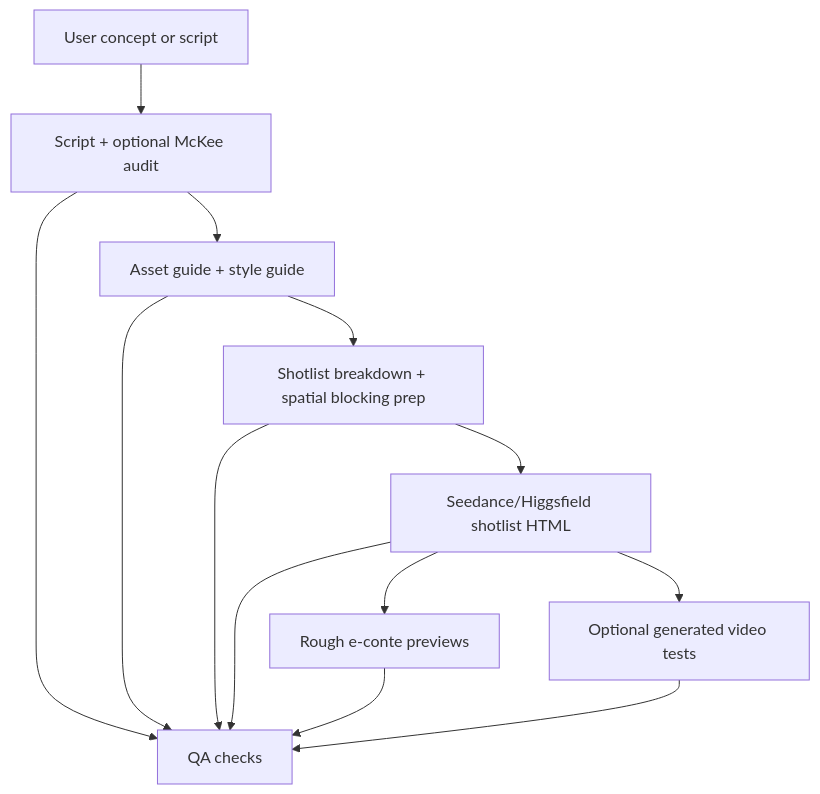
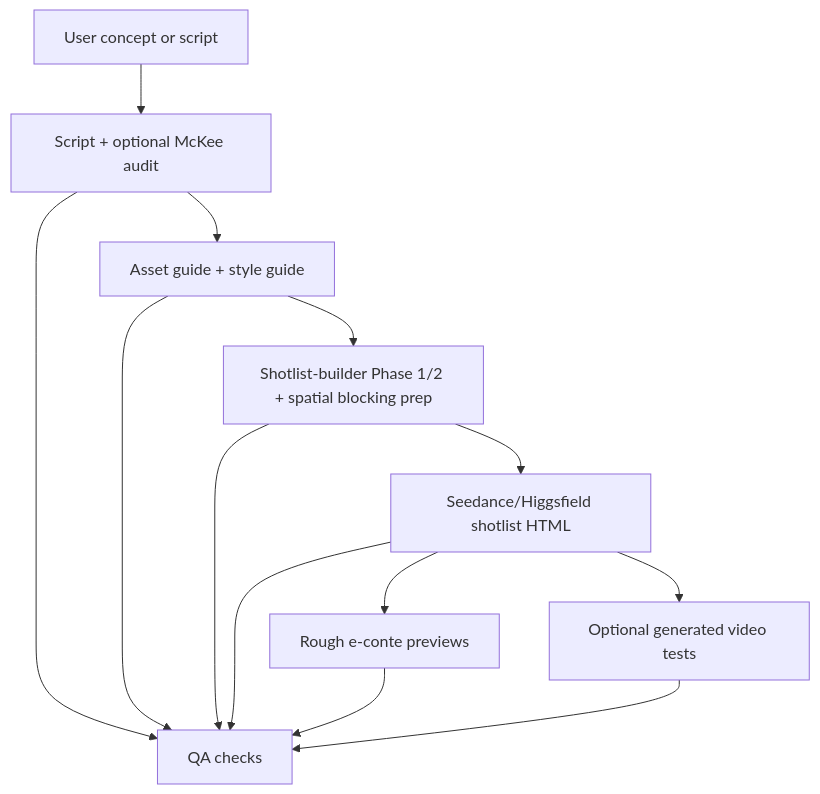
One commit to Leduc10492/my-ai-video-agent changed the diagram in CODEX_REVIEW.md. Above: the diagram before and after it, drawn with Mermaid. The commit also changed 24 other files, not shown here.

````diff
--- a/CODEX_REVIEW.md
+++ b/CODEX_REVIEW.md
@@ -25,15 +25,15 @@
 ```mermaid
 flowchart TD
     A["User concept or script"] --> B["Script + optional McKee audit"]
     B --> C["Asset guide + style guide"]
-    C --> D["Shotlist breakdown + spatial blocking prep"]
+    C --> D["Shotlist-builder Phase 1/2 + spatial blocking prep"]
     D --> E["Seedance/Higgsfield shotlist HTML"]
     E --> F["Rough e-conte previews"]
     E --> G["Optional generated video tests"]
     B --> H["QA checks"]
     C --> H
     D --> H
     E --> H
     F --> H
     G --> H
 ```
````
